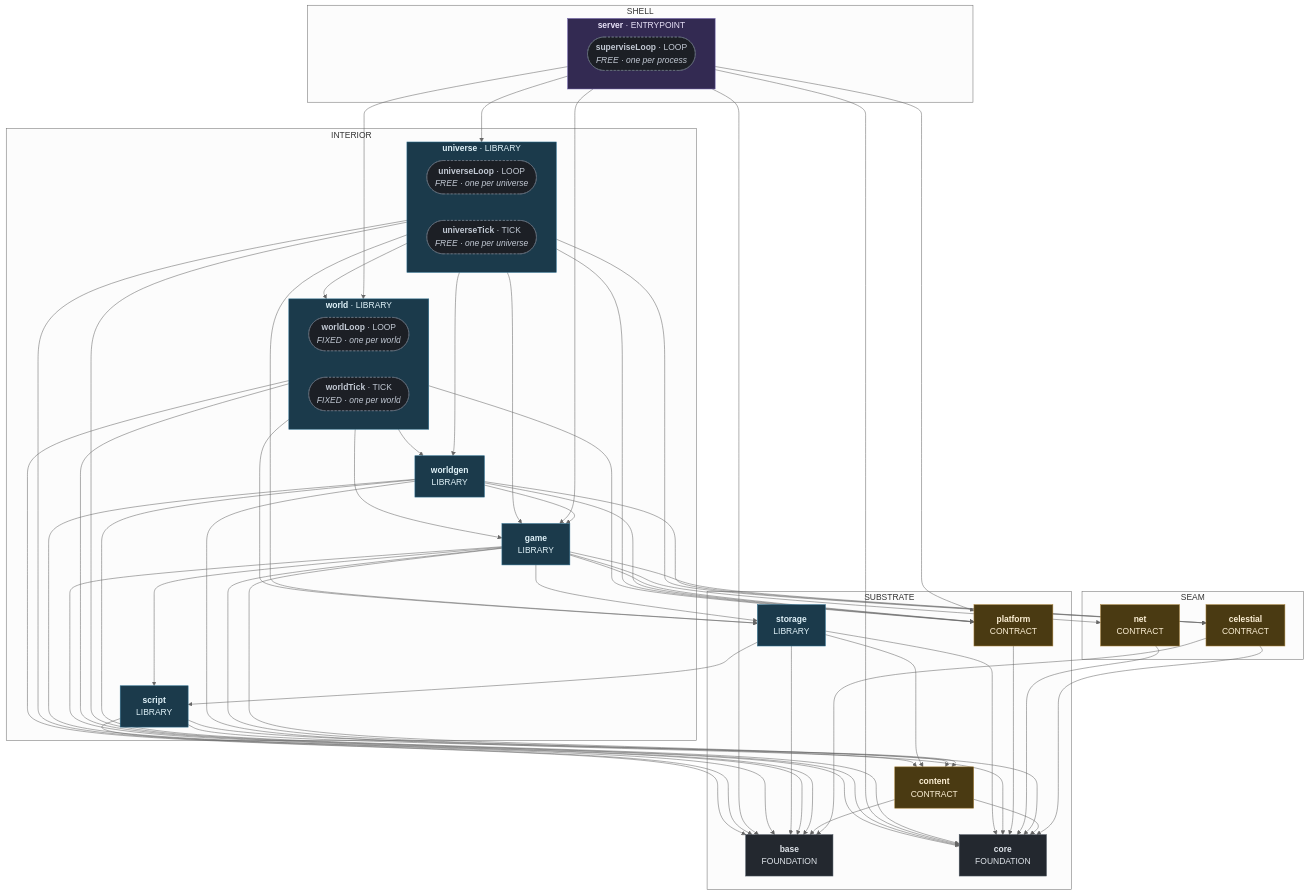
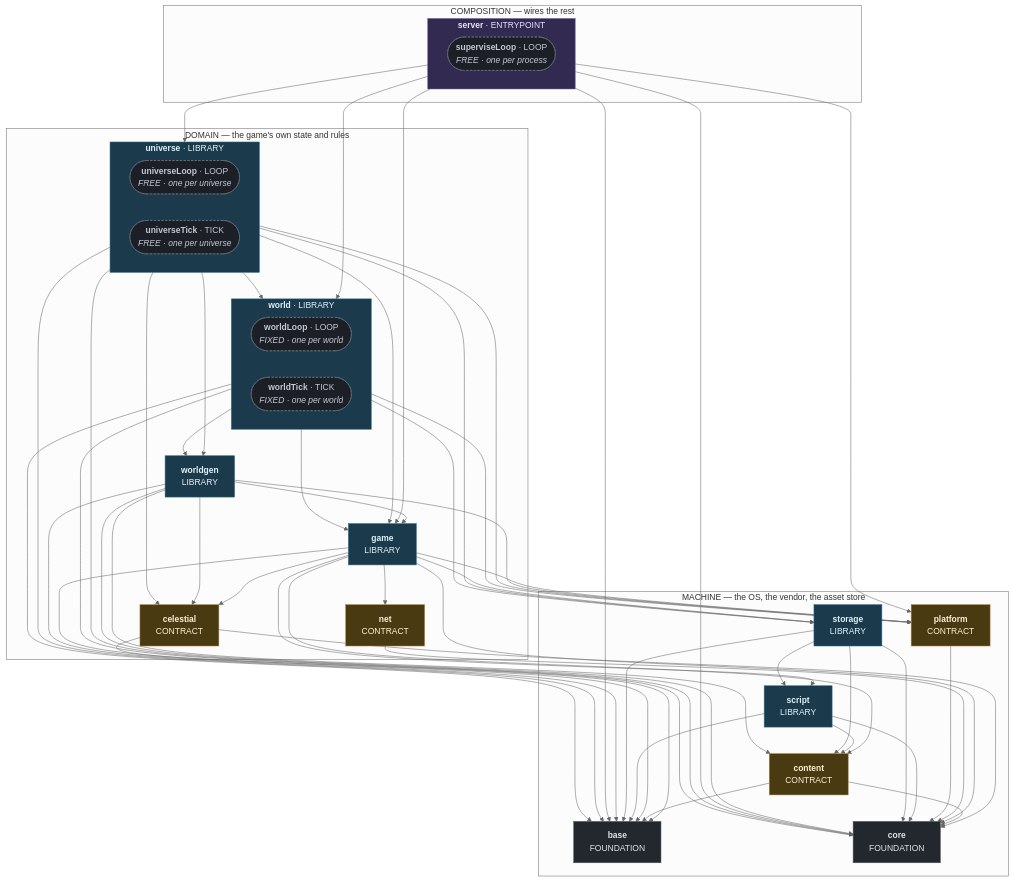
Before and after one commit to apnex/OpenStarbound: the ninth of 10 diagrams in docs/superpowers/specs/2026-08-01-sovereign-headless-client-design.md, drawn with Mermaid (neutral theme). The commit also changed other lines of this file and 7 other files, not shown here.

````diff
--- a/docs/superpowers/specs/2026-08-01-sovereign-headless-client-design.md
+++ b/docs/superpowers/specs/2026-08-01-sovereign-headless-client-design.md
@@ -2436,20 +2423,18 @@
 ```mermaid
 %% composition: server
 flowchart TD
-  subgraph Z_SUBSTRATE ["SUBSTRATE"]
+  subgraph Z_MACHINE ["MACHINE — the OS, the vendor, the asset store"]
     base["<b>base</b><br/>FOUNDATION"]
     content["<b>content</b><br/>CONTRACT"]
     core["<b>core</b><br/>FOUNDATION"]
     platform["<b>platform</b><br/>CONTRACT"]
+    script["<b>script</b><br/>LIBRARY"]
     storage["<b>storage</b><br/>LIBRARY"]
   end
-  subgraph Z_SEAM ["SEAM"]
+  subgraph Z_DOMAIN ["DOMAIN — the game's own state and rules"]
     celestial["<b>celestial</b><br/>CONTRACT"]
+    game["<b>game</b><br/>LIBRARY"]
     net["<b>net</b><br/>CONTRACT"]
-  end
-  subgraph Z_INTERIOR ["INTERIOR"]
-    game["<b>game</b><br/>LIBRARY"]
-    script["<b>script</b><br/>LIBRARY"]
     subgraph universe ["<b>universe</b> · LIBRARY"]
       universe_universeLoop(["<b>universeLoop</b> · LOOP<br/><i>FREE · one per universe</i>"])
       universe_universeTick(["<b>universeTick</b> · TICK<br/><i>FREE · one per universe</i>"])
@@ -2460,7 +2445,7 @@
     end
     worldgen["<b>worldgen</b><br/>LIBRARY"]
   end
-  subgraph Z_SHELL ["SHELL"]
+  subgraph Z_COMPOSITION ["COMPOSITION — wires the rest"]
     subgraph server ["<b>server</b> · ENTRYPOINT"]
       server_superviseLoop(["<b>superviseLoop</b> · LOOP<br/><i>FREE · one per process</i>"])
     end
````
